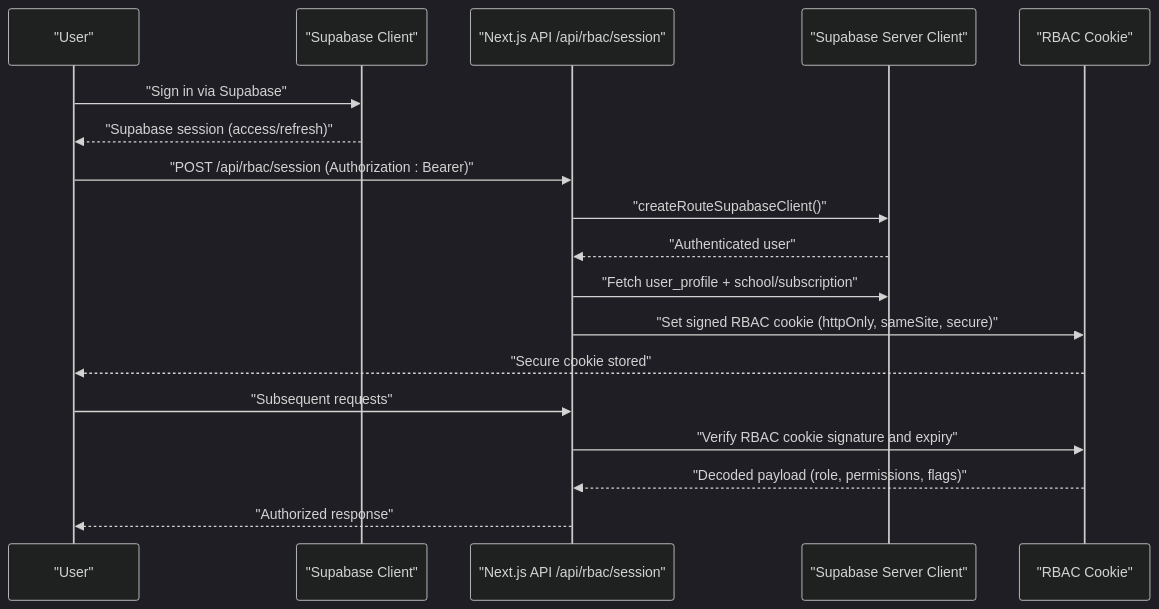
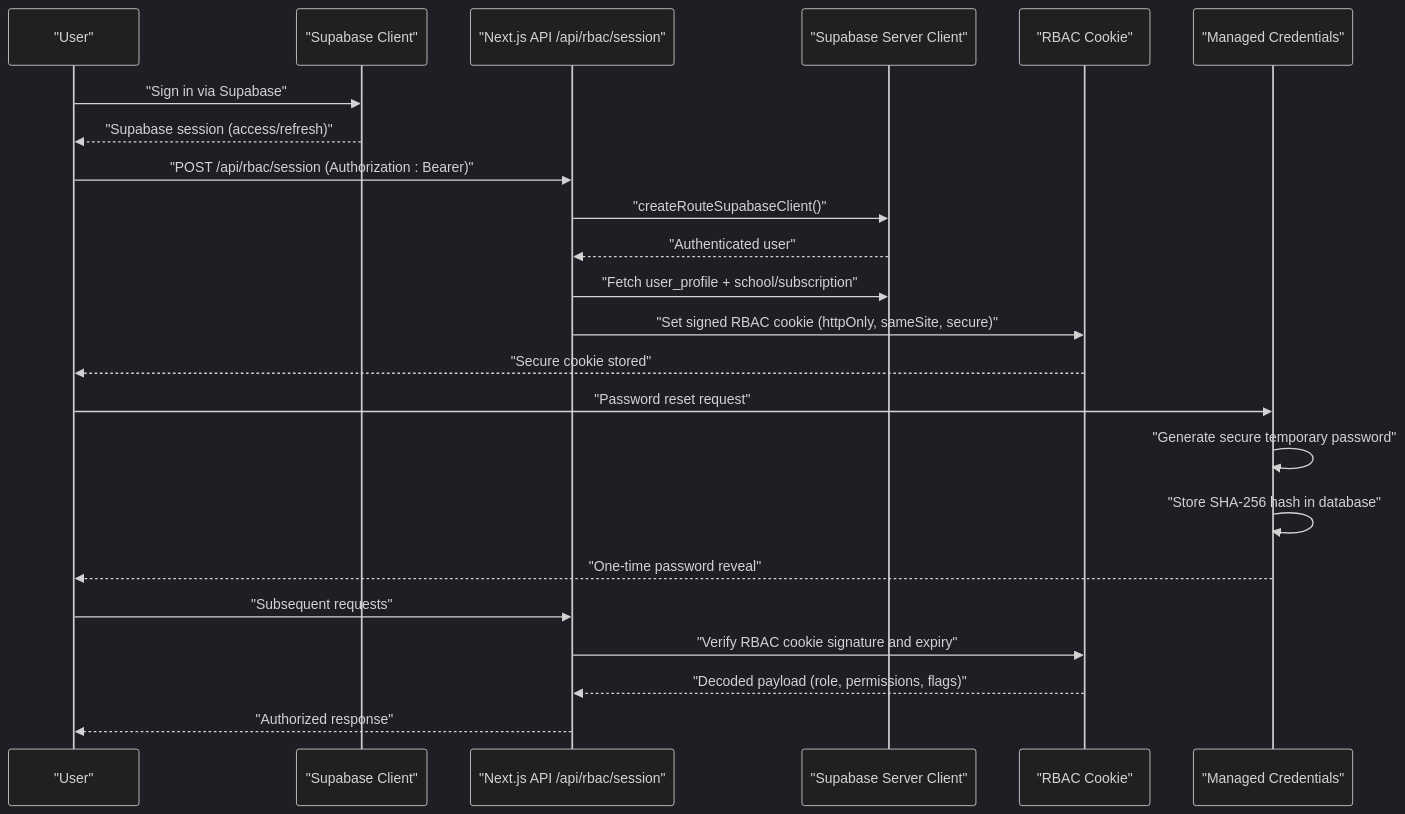
The second of 9 diagrams in .qoder/repowiki/en/content/Security Implementation/Authentication Security.md (mustafaalkusaj/appschoolmustafa2002), drawn with Mermaid (dark theme) before and after one commit. The commit also changed other lines of this file and 8 other files, not shown here.

````diff
--- a/.qoder/repowiki/en/content/Security Implementation/Authentication Security.md
+++ b/.qoder/repowiki/en/content/Security Implementation/Authentication Security.md
@@ -123,20 +170,25 @@
 ```mermaid
 sequenceDiagram
 participant U as "User"
 participant SB as "Supabase Client"
 participant API as "Next.js API /api/rbac/session"
 participant SRV as "Supabase Server Client"
 participant SEC as "RBAC Cookie"
+participant MC as "Managed Credentials"
 U->>SB : "Sign in via Supabase"
 SB-->>U : "Supabase session (access/refresh)"
 U->>API : "POST /api/rbac/session (Authorization : Bearer)"
 API->>SRV : "createRouteSupabaseClient()"
 SRV-->>API : "Authenticated user"
 API->>SRV : "Fetch user_profile + school/subscription"
 API->>SEC : "Set signed RBAC cookie (httpOnly, sameSite, secure)"
 SEC-->>U : "Secure cookie stored"
+U->>MC : "Password reset request"
+MC->>MC : "Generate secure temporary password"
+MC->>MC : "Store SHA-256 hash in database"
+MC-->>U : "One-time password reveal"
 U->>API : "Subsequent requests"
 API->>SEC : "Verify RBAC cookie signature and expiry"
 SEC-->>API : "Decoded payload (role, permissions, flags)"
 API-->>U : "Authorized response"
 ```
````
